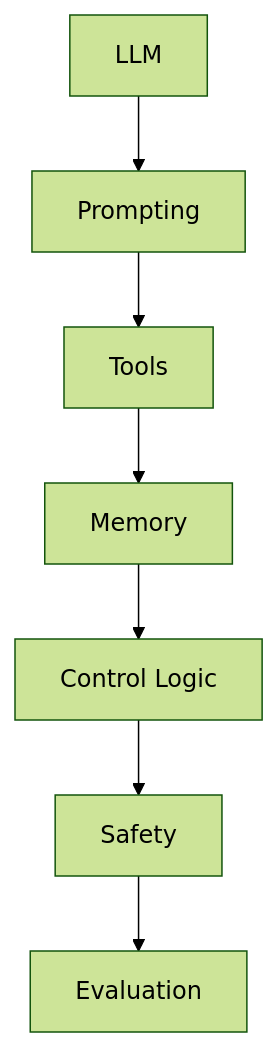
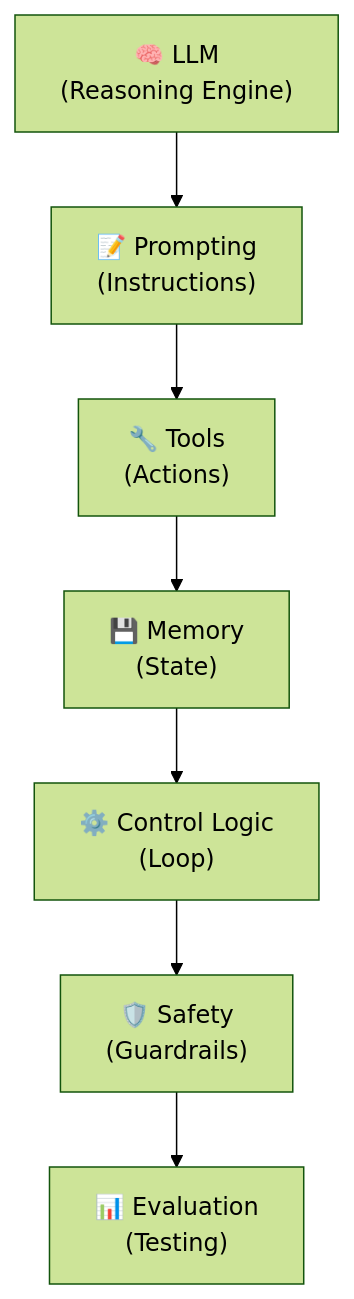
Before and after one commit to Sameer-Malik20/SusaGPT-Build-LLM-From-Scratch-With-Hinglish-Learning-Material: the tenth of 14 diagrams in docs/ai/AI_Agents_Guide.md, drawn with Mermaid (forest theme). The commit also changed other lines of this file and 10 other files, not shown here.

````diff
--- a/docs/ai/AI_Agents_Guide.md
+++ b/docs/ai/AI_Agents_Guide.md
@@ -399,9 +336,9 @@
 ```mermaid
 flowchart TD
-    A[LLM] --> B[Prompting]
-    B --> C[Tools]
-    C --> D[Memory]
-    D --> E[Control Logic]
-    E --> F[Safety]
-    F --> G[Evaluation]
+    A["🧠 LLM\n(Reasoning Engine)"] --> B["📝 Prompting\n(Instructions)"]
+    B --> C["🔧 Tools\n(Actions)"]
+    C --> D["💾 Memory\n(State)"]
+    D --> E["⚙️ Control Logic\n(Loop)"]
+    E --> F["🛡️ Safety\n(Guardrails)"]
+    F --> G["📊 Evaluation\n(Testing)"]
 ```
````
